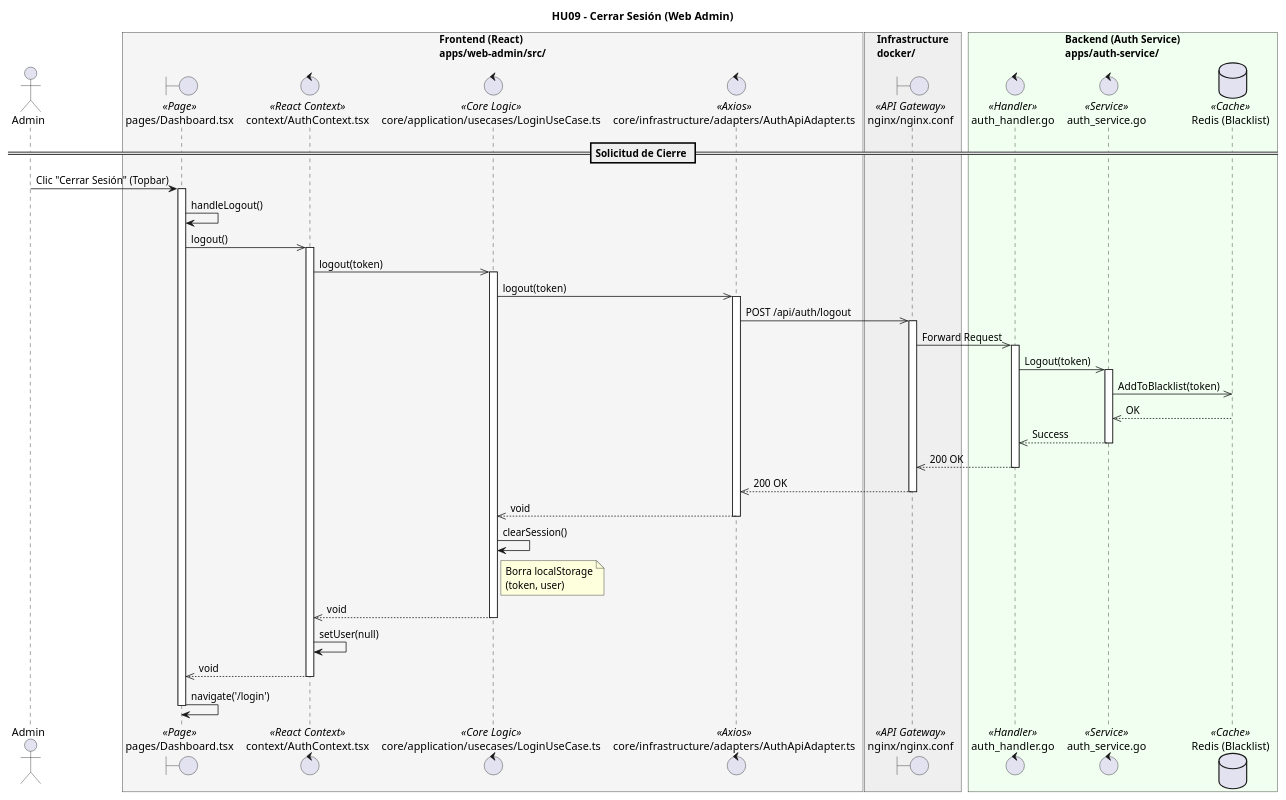
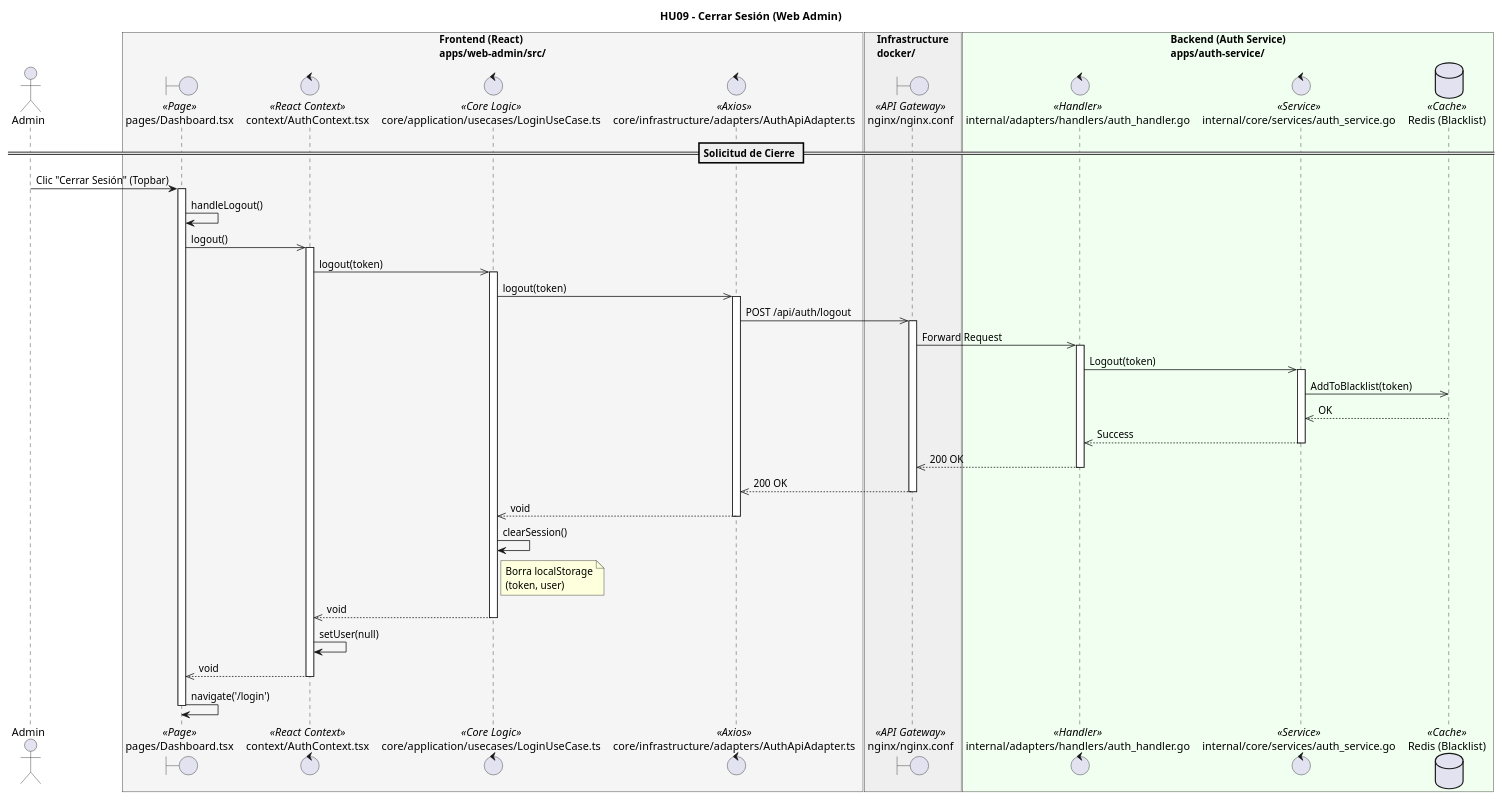
The diagram in docs/web/HU09_CerrarSesion_Sequence.puml (Bowist27/Qontrol), drawn with PlantUML before and after one commit.

Commit message:
fix: secuence diagram names

```diff
--- a/docs/web/HU09_CerrarSesion_Sequence.puml
+++ b/docs/web/HU09_CerrarSesion_Sequence.puml
@@ -1,76 +1,76 @@
 @startuml
 title HU09 - Cerrar Sesión (Web Admin)
 
 actor Admin as User
 
 box "Frontend (React)\napps/web-admin/src/" #WhiteSmoke
     boundary "pages/Dashboard.tsx" as Page << Page >>
     control "context/AuthContext.tsx" as Context << React Context >>
     control "core/application/usecases/LoginUseCase.ts" as UseCase << Core Logic >>
     control "core/infrastructure/adapters/AuthApiAdapter.ts" as Gateway << Axios >>
 end box
 
 box "Infrastructure\ndocker/" #EFEFEF
     boundary "nginx/nginx.conf" as Nginx << API Gateway >>
 end box
 
 box "Backend (Auth Service)\napps/auth-service/" #Honeydew
-    control "auth_handler.go" as Handler << Handler >>
-    control "auth_service.go" as Service << Service >>
+    control "internal/adapters/handlers/auth_handler.go" as Handler << Handler >>
+    control "internal/core/services/auth_service.go" as Service << Service >>
     database "Redis (Blacklist)" as Redis << Cache >>
 end box
 
 == Solicitud de Cierre ==
 
 User -> Page: Clic "Cerrar Sesión" (Topbar)
 activate Page
 
     Page -> Page: handleLogout() 
     
     Page ->> Context: logout()
     activate Context
         
         Context ->> UseCase: logout(token)
         activate UseCase
 
             UseCase ->> Gateway: logout(token)
             activate Gateway
             
                 Gateway ->> Nginx: POST /api/auth/logout
                 activate Nginx
                     
                     Nginx ->> Handler: Forward Request
                     activate Handler
                     
                         Handler ->> Service: Logout(token)
                         activate Service
                             Service ->> Redis: AddToBlacklist(token)
                             Redis -->> Service: OK
                         Service -->> Handler: Success
                         deactivate Service
                         
                     Handler -->> Nginx: 200 OK
                     deactivate Handler
                     
                 Nginx -->> Gateway: 200 OK
                 deactivate Nginx
                 
             Gateway -->> UseCase: void
             deactivate Gateway
             
             UseCase -> UseCase: clearSession()
             note right of UseCase: Borra localStorage\n(token, user)
             
         UseCase -->> Context: void
         deactivate UseCase
         
         Context -> Context: setUser(null)
         
     Context -->> Page: void
     deactivate Context
     
     Page -> Page: navigate('/login')
     
 deactivate Page
 
 @enduml
```
